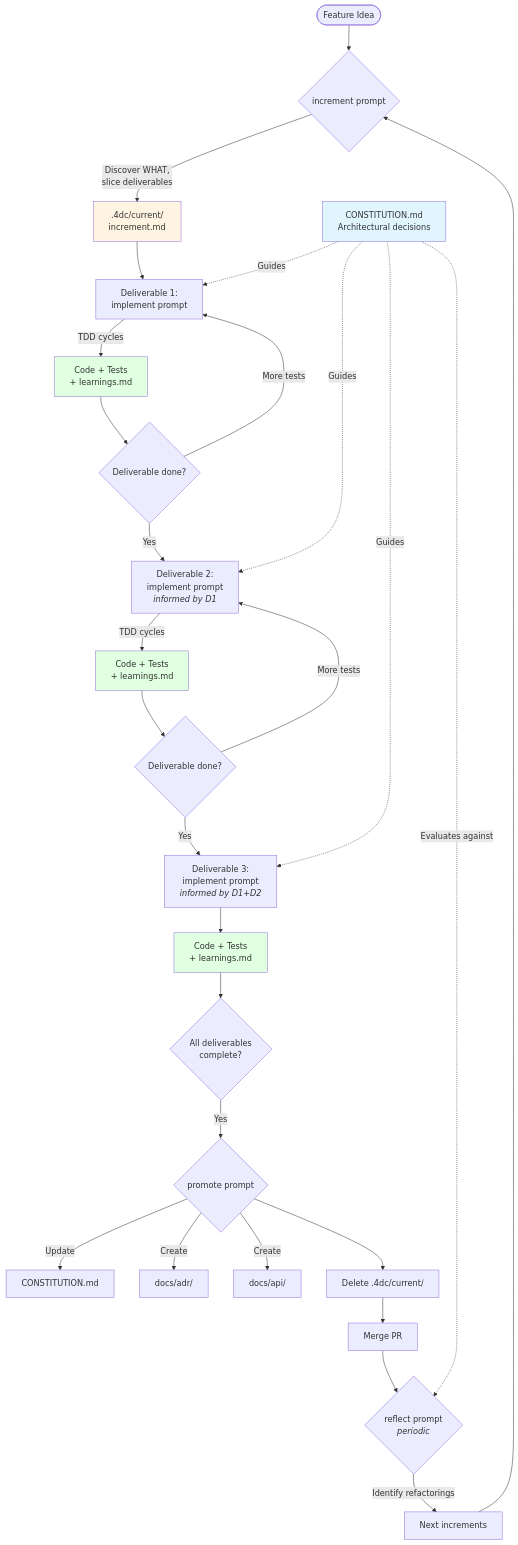
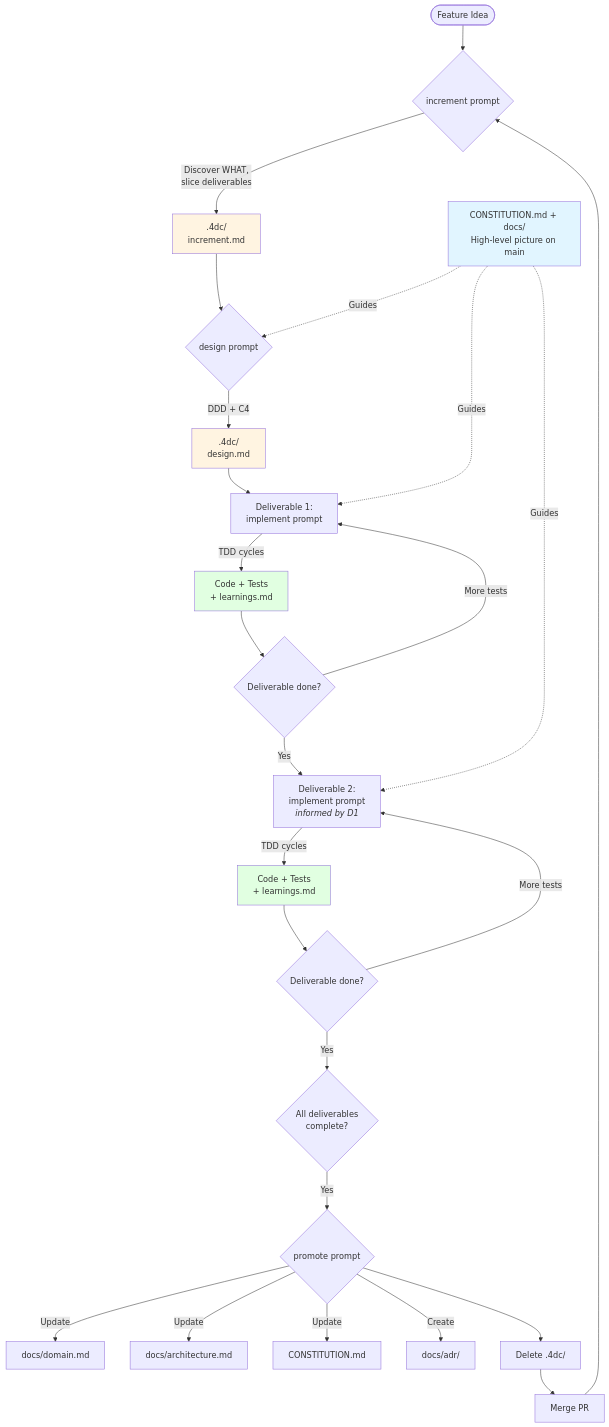
The diagram in README.md (co0p/4dc), drawn with Mermaid before and after one commit. The commit also changed other lines of this file and 28 other files, not shown here.

````diff
--- a/README.md
+++ b/README.md
@@ -316,48 +313,45 @@
 ```mermaid
 graph TB
     Start([Feature Idea])
-    
-    Constitution[CONSTITUTION.md<br/>Architectural decisions]
-    
+
+    Constitution["CONSTITUTION.md + docs/\nHigh-level picture on main"]
+
     Start --> Inc{increment prompt}
-    Inc -->|Discover WHAT,<br/>slice deliverables| IncDoc[.4dc/current/<br/>increment.md]
-    
-    IncDoc --> D1[Deliverable 1:<br/>implement prompt]
+    Inc -->|Discover WHAT,<br/>slice deliverables| IncDoc[.4dc/<br/>increment.md]
+
+    IncDoc --> Design{design prompt}
+    Design -->|DDD + C4| DesignDoc[.4dc/<br/>design.md]
+
+    DesignDoc --> D1[Deliverable 1:<br/>implement prompt]
     D1 -->|TDD cycles| D1Code[Code + Tests<br/>+ learnings.md]
     D1Code --> D1Done{Deliverable done?}
     D1Done -->|More tests| D1
     D1Done -->|Yes| D2
-    
+
     D2[Deliverable 2:<br/>implement prompt<br/><i>informed by D1</i>]
     D2 -->|TDD cycles| D2Code[Code + Tests<br/>+ learnings.md]
     D2Code --> D2Done{Deliverable done?}
     D2Done -->|More tests| D2
-    D2Done -->|Yes| D3
-    
-    D3[Deliverable 3:<br/>implement prompt<br/><i>informed by D1+D2</i>]
-    D3 --> D3Code[Code + Tests<br/>+ learnings.md]
-    D3Code --> AllDone{All deliverables<br/>complete?}
-    
+    D2Done -->|Yes| AllDone
+
+    AllDone{All deliverables<br/>complete?}
     AllDone -->|Yes| Promote{promote prompt}
+    Promote -->|Update| Domain[docs/domain.md]
+    Promote -->|Update| Arch[docs/architecture.md]
     Promote -->|Update| ConstUpdate[CONSTITUTION.md]
     Promote -->|Create| ADR[docs/adr/]
-    Promote -->|Create| API[docs/api/]
-    
-    Promote --> Cleanup[Delete .4dc/current/]
+
+    Promote --> Cleanup[Delete .4dc/]
     Cleanup --> Merge[Merge PR]
-    
-    Merge --> Reflect{reflect prompt<br/><i>periodic</i>}
-    Reflect -->|Identify refactorings| NextInc[Next increments]
-    NextInc --> Inc
-    
+    Merge --> Inc
+
+    Constitution -.->|Guides| Design
     Constitution -.->|Guides| D1
     Constitution -.->|Guides| D2
-    Constitution -.->|Guides| D3
-    Constitution -.->|Evaluates against| Reflect
-    
+
     style IncDoc fill:#fff4e1
+    style DesignDoc fill:#fff4e1
     style D1Code fill:#e1ffe1
     style D2Code fill:#e1ffe1
-    style D3Code fill:#e1ffe1
     style Constitution fill:#e1f5ff
 ```
````
